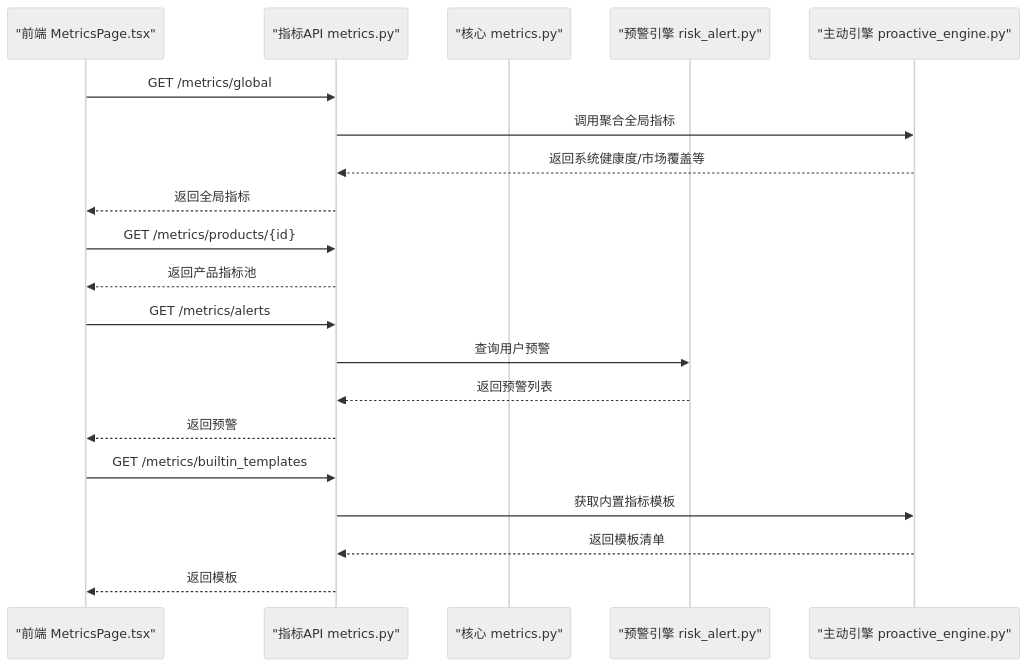
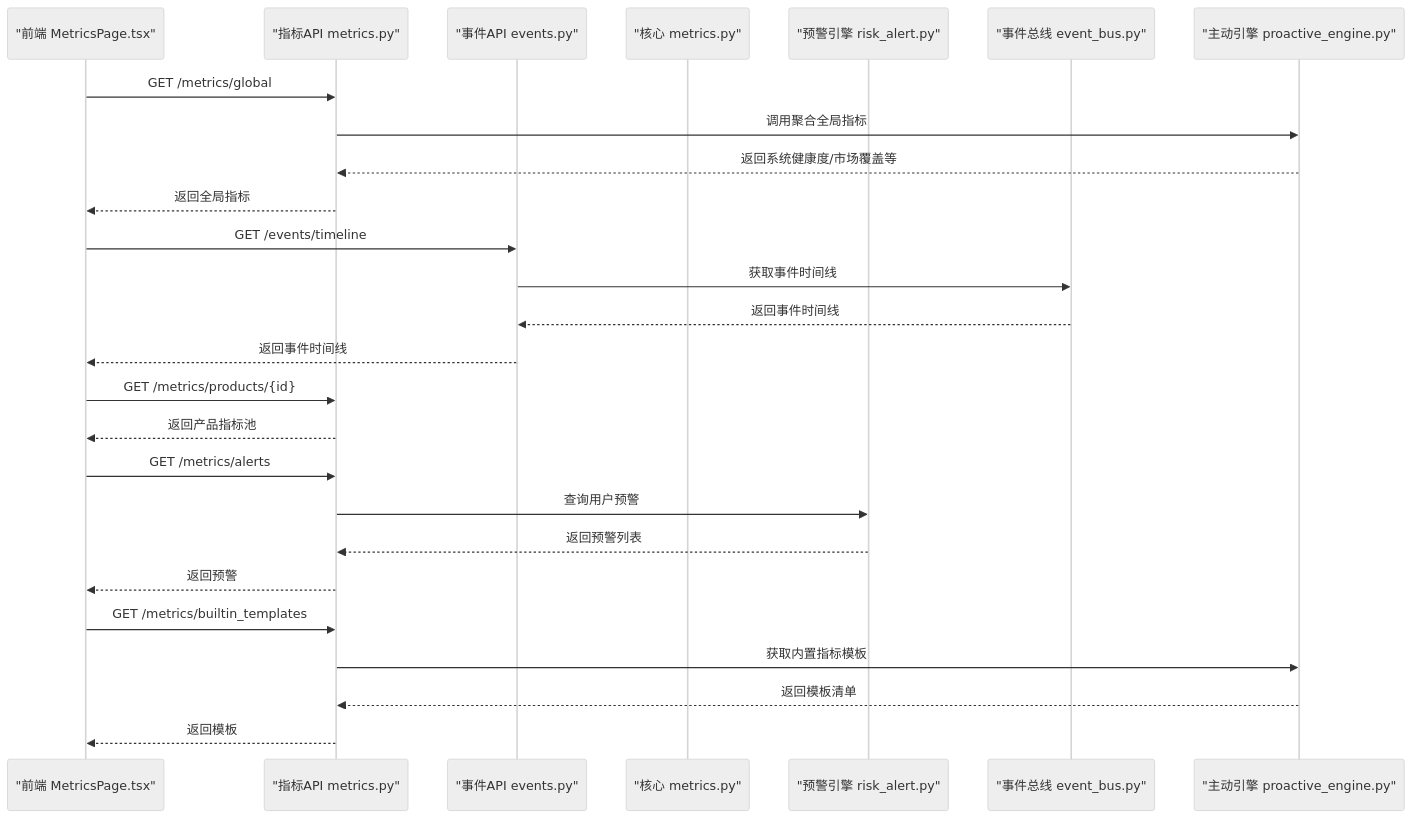
One commit to angledick/- changed the second of 9 diagrams in .qoder/repowiki/zh/content/监控与运维/系统健康监控.md. Above: the diagram before and after it, drawn with Mermaid (neutral theme). The commit also changed other lines of this file and 193 other files, not shown here.

````diff
--- a/.qoder/repowiki/zh/content/监控与运维/系统健康监控.md
+++ b/.qoder/repowiki/zh/content/监控与运维/系统健康监控.md
@@ -102,22 +147,28 @@
 ```mermaid
 sequenceDiagram
 participant FE as "前端 MetricsPage.tsx"
 participant API as "指标API metrics.py"
+participant EVENT_API as "事件API events.py"
 participant CORE as "核心 metrics.py"
 participant ALERT as "预警引擎 risk_alert.py"
+participant EVENT_BUS as "事件总线 event_bus.py"
 participant PRO as "主动引擎 proactive_engine.py"
 FE->>API : GET /metrics/global
 API->>PRO : 调用聚合全局指标
 PRO-->>API : 返回系统健康度/市场覆盖等
 API-->>FE : 返回全局指标
+FE->>EVENT_API : GET /events/timeline
+EVENT_API->>EVENT_BUS : 获取事件时间线
+EVENT_BUS-->>EVENT_API : 返回事件时间线
+EVENT_API-->>FE : 返回事件时间线
 FE->>API : GET /metrics/products/{id}
 API-->>FE : 返回产品指标池
 FE->>API : GET /metrics/alerts
 API->>ALERT : 查询用户预警
 ALERT-->>API : 返回预警列表
 API-->>FE : 返回预警
 FE->>API : GET /metrics/builtin_templates
 API->>PRO : 获取内置指标模板
 PRO-->>API : 返回模板清单
 API-->>FE : 返回模板
 ```
````
